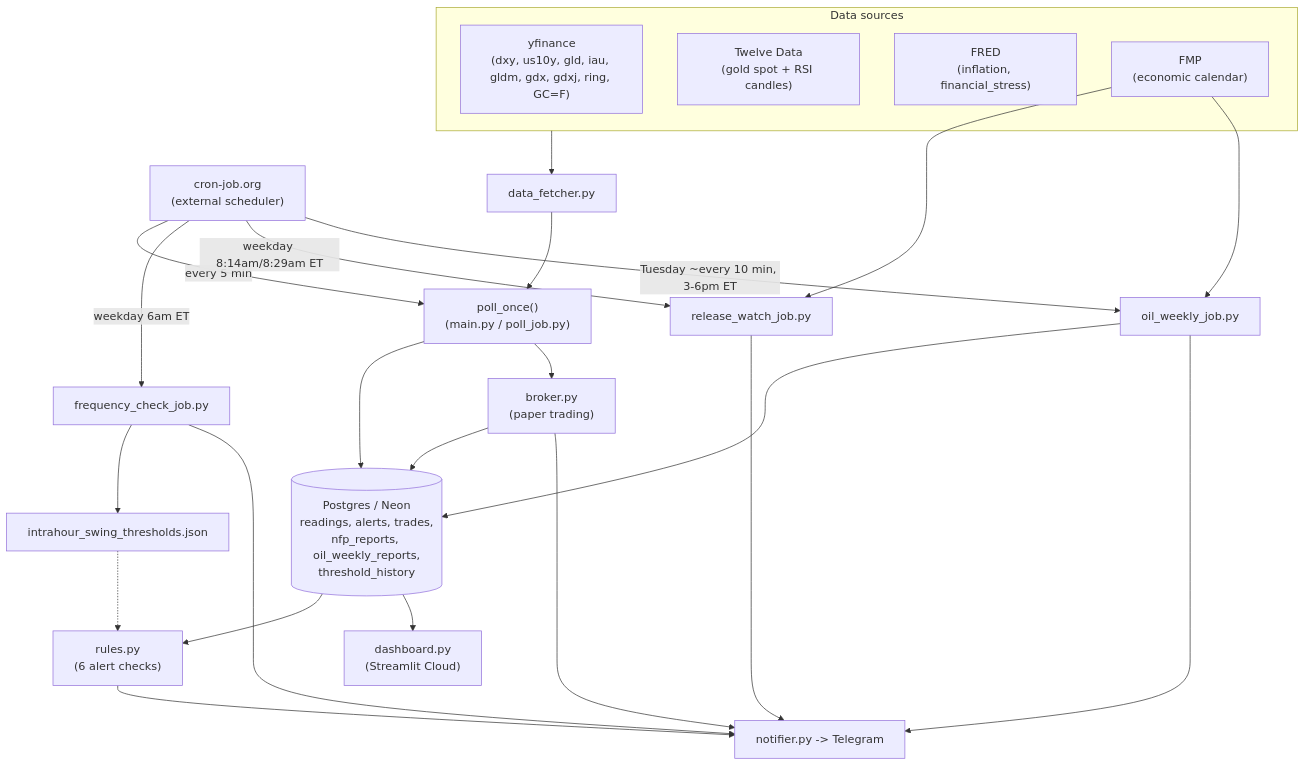
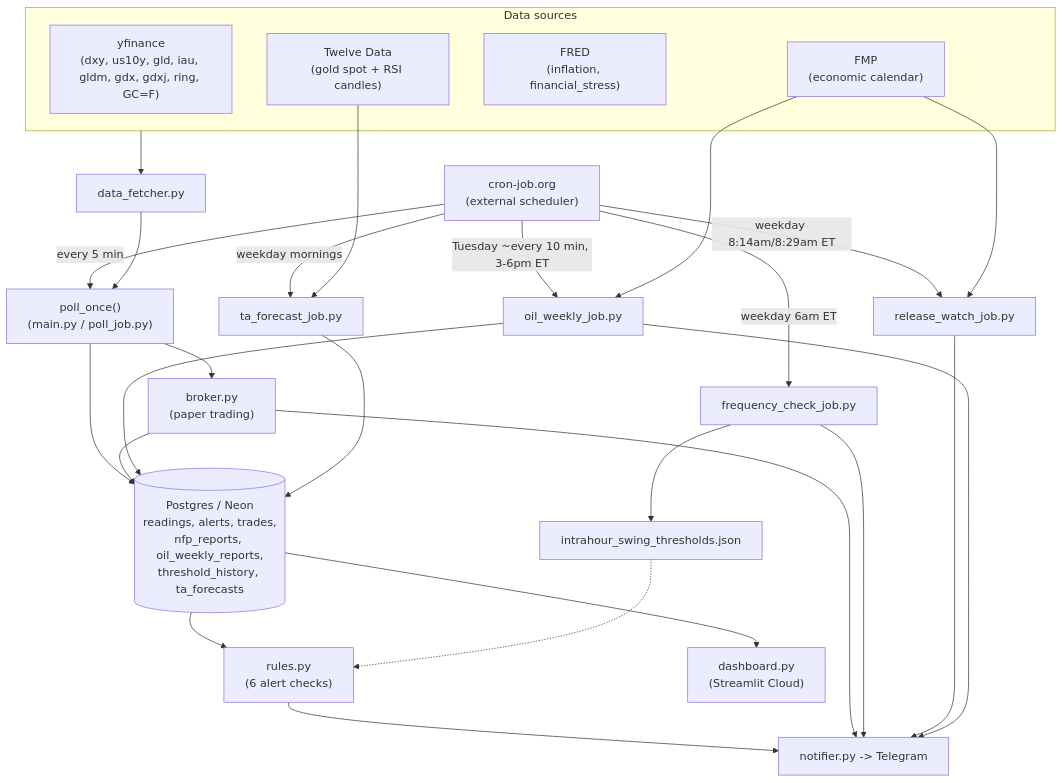
Before and after one commit to Armada86/goldo: the diagram in docs/diagram.md, drawn with Mermaid. The commit also changed other lines of this file and 6 other files, not shown here.

First line of the commit message:
Add XAU/USD technical forecast generator and ta_forecasts table

````diff
--- a/docs/diagram.md
+++ b/docs/diagram.md
@@ -6,36 +6,40 @@
 ```mermaid
 flowchart TD
     subgraph Sources["Data sources"]
         YF["yfinance\n(dxy, us10y, gld, iau, gldm, gdx, gdxj, ring, GC=F)"]
         TD["Twelve Data\n(gold spot + RSI candles)"]
         FRED["FRED\n(inflation, financial_stress)"]
         FMP["FMP\n(economic calendar)"]
     end
 
     Cron["cron-job.org\n(external scheduler)"] -->|every 5 min| Poll
     Cron -->|weekday 6am ET| FreqCheck["frequency_check_job.py"]
     Cron -->|weekday 8:14am/8:29am ET| ReleaseWatch["release_watch_job.py"]
     Cron -->|Tuesday ~every 10 min, 3-6pm ET| OilWeekly["oil_weekly_job.py"]
+    Cron -->|weekday mornings| TAForecast["ta_forecast_job.py"]
 
     Sources --> Fetcher["data_fetcher.py"]
     Fetcher --> Poll["poll_once()\n(main.py / poll_job.py)"]
-    Poll --> DB[("Postgres / Neon\nreadings, alerts, trades,\nnfp_reports, oil_weekly_reports,\nthreshold_history")]
+    Poll --> DB[("Postgres / Neon\nreadings, alerts, trades,\nnfp_reports, oil_weekly_reports,\nthreshold_history, ta_forecasts")]
     DB --> Rules["rules.py\n(6 alert checks)"]
     Rules --> Telegram["notifier.py -> Telegram"]
     Poll --> Broker["broker.py\n(paper trading)"]
     Broker --> DB
     Broker --> Telegram
 
     DB --> Dashboard["dashboard.py\n(Streamlit Cloud)"]
 
     FreqCheck --> Thresholds["intrahour_swing_thresholds.json"]
     FreqCheck --> Telegram
     Thresholds -.-> Rules
 
     FMP --> ReleaseWatch
     ReleaseWatch --> Telegram
 
     FMP --> OilWeekly
     OilWeekly --> DB
     OilWeekly --> Telegram
+
+    TD --> TAForecast
+    TAForecast --> DB
 ```
````
